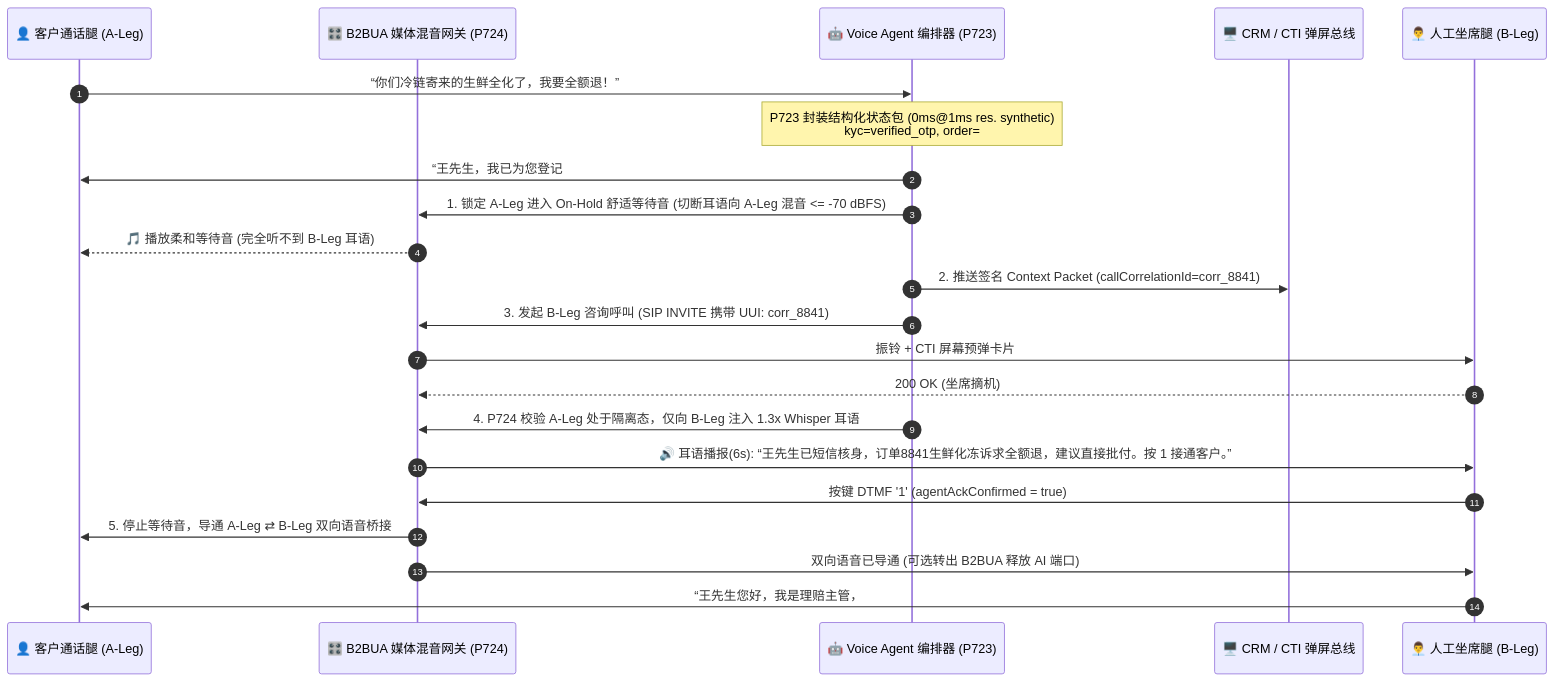
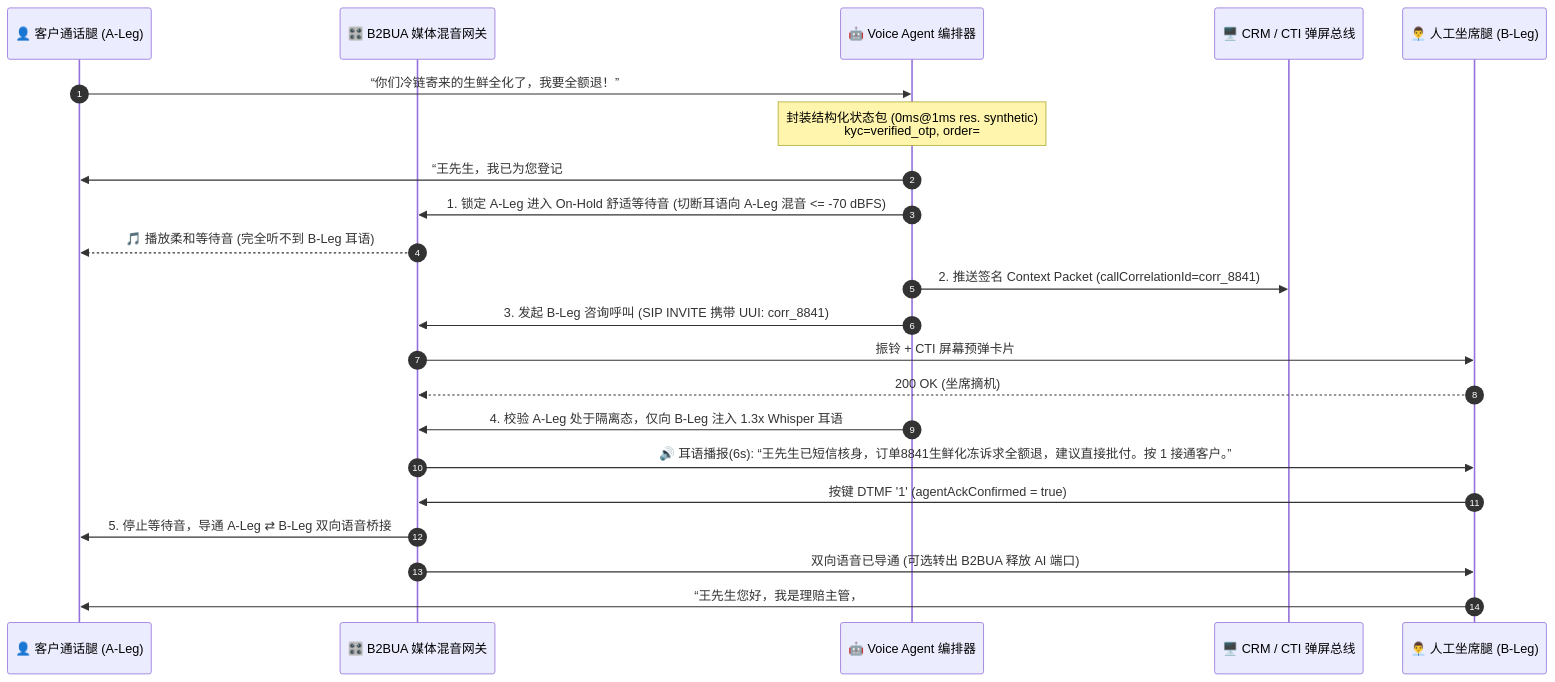
One commit to turbo998/voice-agent-lab changed the third of 3 diagrams in docs/warm-transfer-whisper-handoff-faq.md. Above: the diagram before and after it, drawn with Mermaid. The commit also changed other lines of this file and 715 other files, not shown here.

````diff
--- a/docs/warm-transfer-whisper-handoff-faq.md
+++ b/docs/warm-transfer-whisper-handoff-faq.md
@@ -119,25 +119,25 @@
 ```mermaid
 sequenceDiagram
-    autonumber
-    participant Caller as 👤 客户通话腿 (A-Leg)
-    participant B2BUA as 🎛️ B2BUA 媒体混音网关 (P724)
-    participant AgentAI as 🤖 Voice Agent 编排器 (P723)
-    participant CTI as 🖥️ CRM / CTI 弹屏总线
-    participant Human as 👨‍💼 人工坐席腿 (B-Leg)
+ autonumber
+ participant Caller as 👤 客户通话腿 (A-Leg)
+ participant B2BUA as 🎛️ B2BUA 媒体混音网关 
+ participant AgentAI as 🤖 Voice Agent 编排器 
+ participant CTI as 🖥️ CRM / CTI 弹屏总线
+ participant Human as 👨‍💼 人工坐席腿 (B-Leg)
 
-    Caller->>AgentAI: “你们冷链寄来的生鲜全化了，我要全额退！”
-    Note over AgentAI: P723 封装结构化状态包 (0ms@1ms res. synthetic)<br/>kyc=verified_otp, order=#8841, sentiment=high_risk
-    AgentAI->>Caller: “王先生，我已为您登记 #8841 破损理赔，现在为您接入理赔主管直接办退款，无需重复说明，请稍候。”
-    AgentAI->>B2BUA: 1. 锁定 A-Leg 进入 On-Hold 舒适等待音 (切断耳语向 A-Leg 混音 <= -70 dBFS)
-    B2BUA-->>Caller: 🎵 播放柔和等待音 (完全听不到 B-Leg 耳语)
-    AgentAI->>CTI: 2. 推送签名 Context Packet (callCorrelationId=corr_8841)
-    AgentAI->>B2BUA: 3. 发起 B-Leg 咨询呼叫 (SIP INVITE 携带 UUI: corr_8841)
-    B2BUA->>Human: 振铃 + CTI 屏幕预弹卡片
-    Human-->>B2BUA: 200 OK (坐席摘机)
-    AgentAI->>B2BUA: 4. P724 校验 A-Leg 处于隔离态，仅向 B-Leg 注入 1.3x Whisper 耳语
-    B2BUA->>Human: 🔊 耳语播报(6s): “王先生已短信核身，订单8841生鲜化冻诉求全额退，建议直接批付。按 1 接通客户。”
-    Human->>B2BUA: 按键 DTMF '1' (agentAckConfirmed = true)
-    B2BUA->>Caller: 5. 停止等待音，导通 A-Leg ⇄ B-Leg 双向语音桥接
-    B2BUA->>Human: 双向语音已导通 (可选转出 B2BUA 释放 AI 端口)
-    Human->>Caller: “王先生您好，我是理赔主管，#8841 订单我已经看过了，现在直接给您退回原支付账户可以吗？”
+ Caller->>AgentAI: “你们冷链寄来的生鲜全化了，我要全额退！”
+ Note over AgentAI: 封装结构化状态包 (0ms@1ms res. synthetic)<br/>kyc=verified_otp, order=#8841, sentiment=high_risk
+ AgentAI->>Caller: “王先生，我已为您登记 #8841 破损理赔，现在为您接入理赔主管直接办退款，无需重复说明，请稍候。”
+ AgentAI->>B2BUA: 1. 锁定 A-Leg 进入 On-Hold 舒适等待音 (切断耳语向 A-Leg 混音 <= -70 dBFS)
+ B2BUA-->>Caller: 🎵 播放柔和等待音 (完全听不到 B-Leg 耳语)
+ AgentAI->>CTI: 2. 推送签名 Context Packet (callCorrelationId=corr_8841)
+ AgentAI->>B2BUA: 3. 发起 B-Leg 咨询呼叫 (SIP INVITE 携带 UUI: corr_8841)
+ B2BUA->>Human: 振铃 + CTI 屏幕预弹卡片
+ Human-->>B2BUA: 200 OK (坐席摘机)
+ AgentAI->>B2BUA: 4. 校验 A-Leg 处于隔离态，仅向 B-Leg 注入 1.3x Whisper 耳语
+ B2BUA->>Human: 🔊 耳语播报(6s): “王先生已短信核身，订单8841生鲜化冻诉求全额退，建议直接批付。按 1 接通客户。”
+ Human->>B2BUA: 按键 DTMF '1' (agentAckConfirmed = true)
+ B2BUA->>Caller: 5. 停止等待音，导通 A-Leg ⇄ B-Leg 双向语音桥接
+ B2BUA->>Human: 双向语音已导通 (可选转出 B2BUA 释放 AI 端口)
+ Human->>Caller: “王先生您好，我是理赔主管，#8841 订单我已经看过了，现在直接给您退回原支付账户可以吗？”
 ```
````
